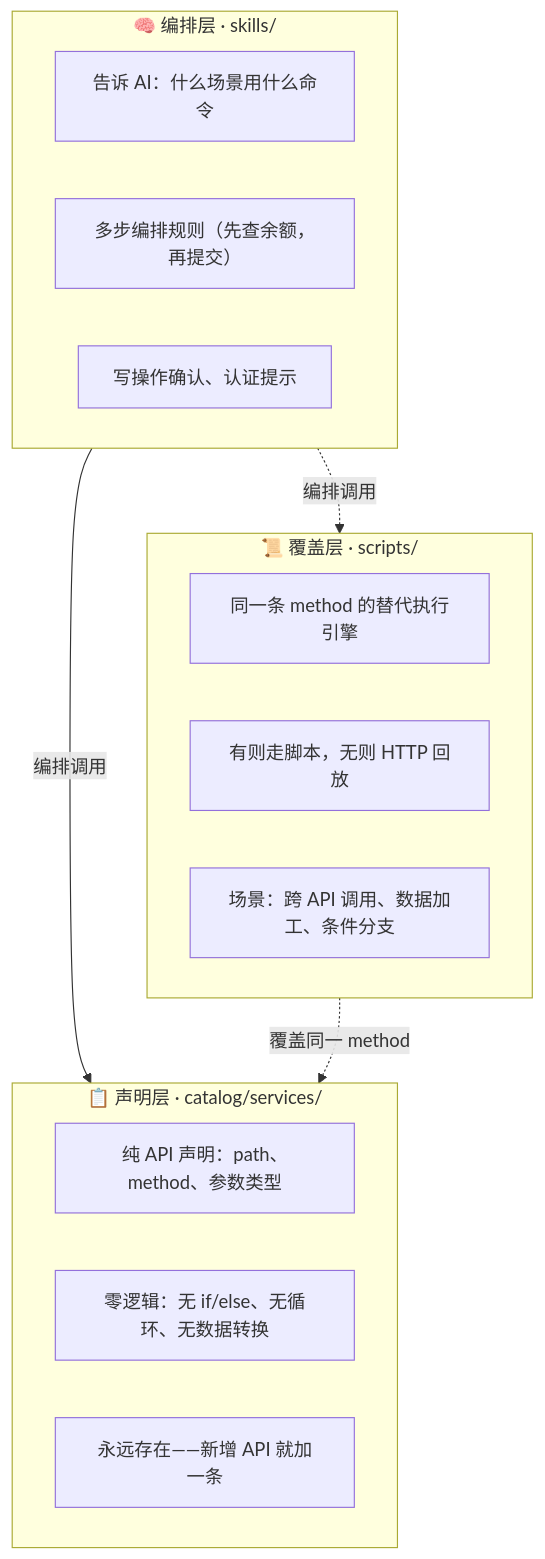
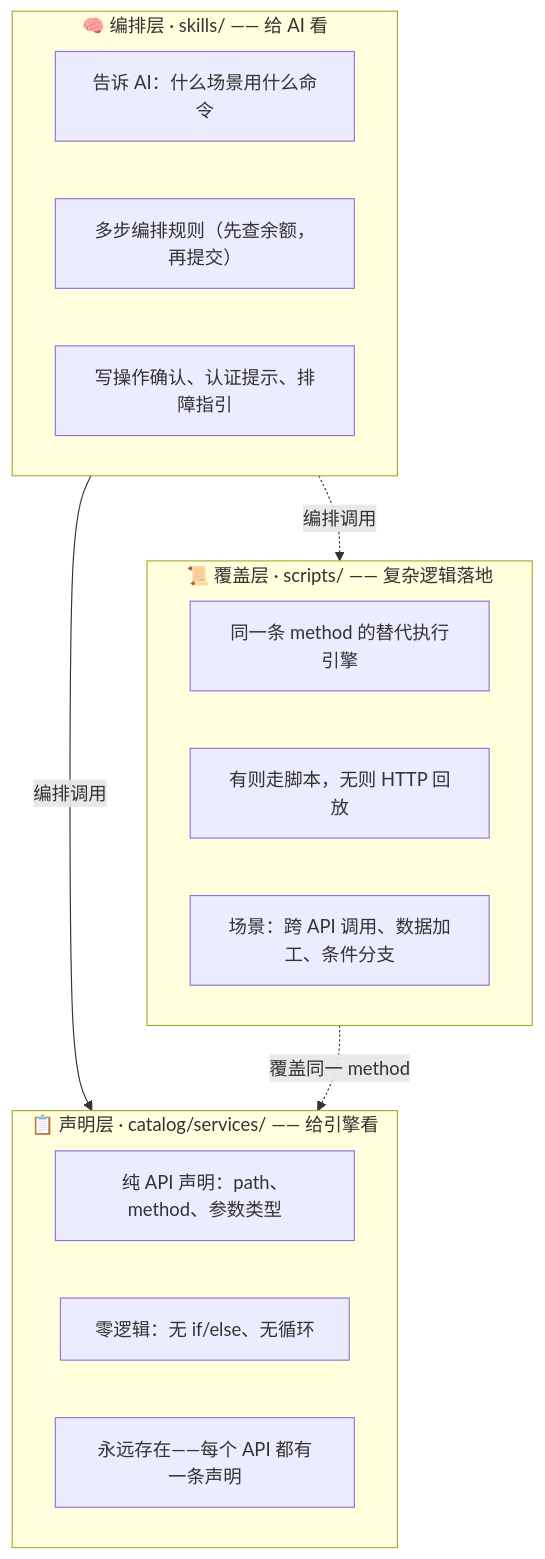
One commit to a5535772/saicmotor-cli changed the third of 16 diagrams in docs/ARCHITECTURE.md. Above: the diagram before and after it, drawn with Mermaid. The commit also changed other lines of this file and 40 other files, not shown here.

````diff
--- a/docs/ARCHITECTURE.md
+++ b/docs/ARCHITECTURE.md
@@ -170,24 +187,24 @@
 ```mermaid
 flowchart TB
-    subgraph SKILL["🧠 编排层 · skills/"]
+    subgraph SKILL["🧠 编排层 · skills/ —— 给 AI 看"]
         S1["告诉 AI：什么场景用什么命令"]
         S2["多步编排规则（先查余额，再提交）"]
-        S3["写操作确认、认证提示"]
+        S3["写操作确认、认证提示、排障指引"]
     end
 
-    subgraph CATALOG["📋 声明层 · catalog/services/"]
+    subgraph CATALOG["📋 声明层 · catalog/services/ —— 给引擎看"]
         C1["纯 API 声明：path、method、参数类型"]
-        C2["零逻辑：无 if/else、无循环、无数据转换"]
-        C3["永远存在——新增 API 就加一条"]
+        C2["零逻辑：无 if/else、无循环"]
+        C3["永远存在——每个 API 都有一条声明"]
     end
 
-    subgraph SCRIPT["📜 覆盖层 · scripts/"]
+    subgraph SCRIPT["📜 覆盖层 · scripts/ —— 复杂逻辑落地"]
         P1["同一条 method 的替代执行引擎"]
         P2["有则走脚本，无则 HTTP 回放"]
         P3["场景：跨 API 调用、数据加工、条件分支"]
     end
 
     SKILL -->|"编排调用"| CATALOG
     SKILL -.->|"编排调用"| SCRIPT
     SCRIPT -.->|"覆盖同一 method"| CATALOG
 ```
````
